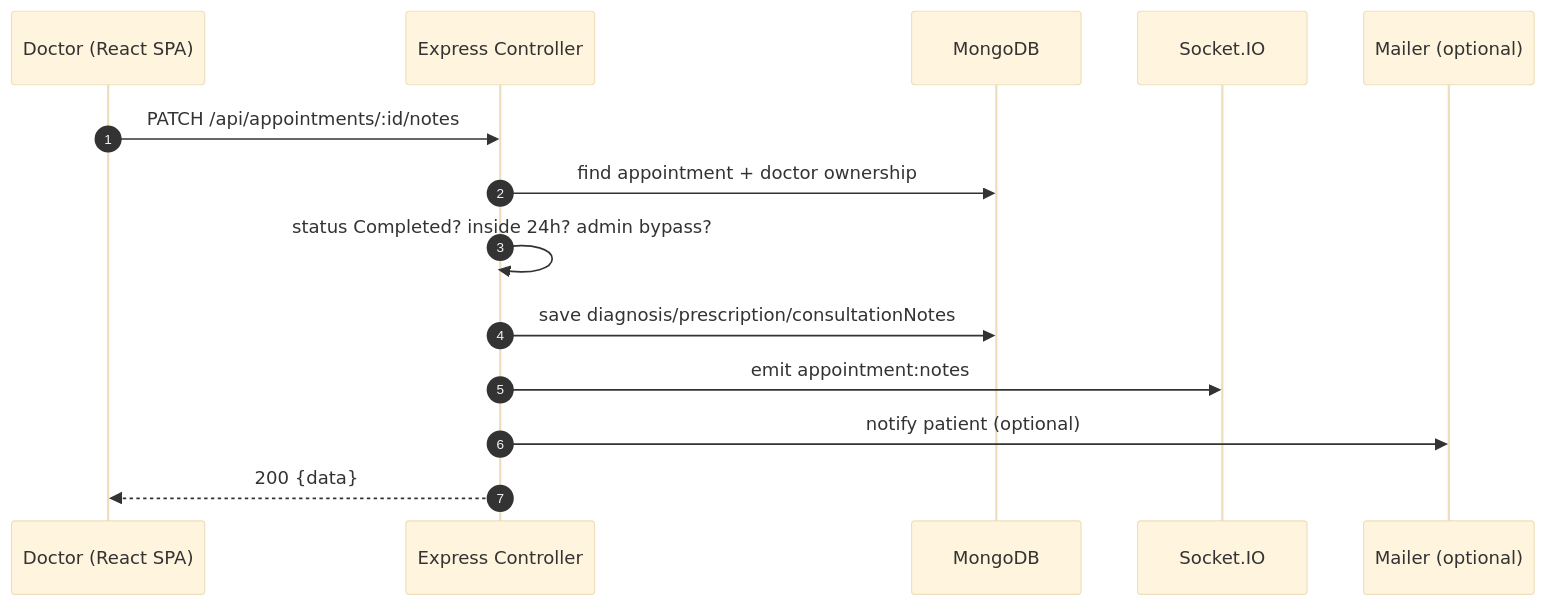
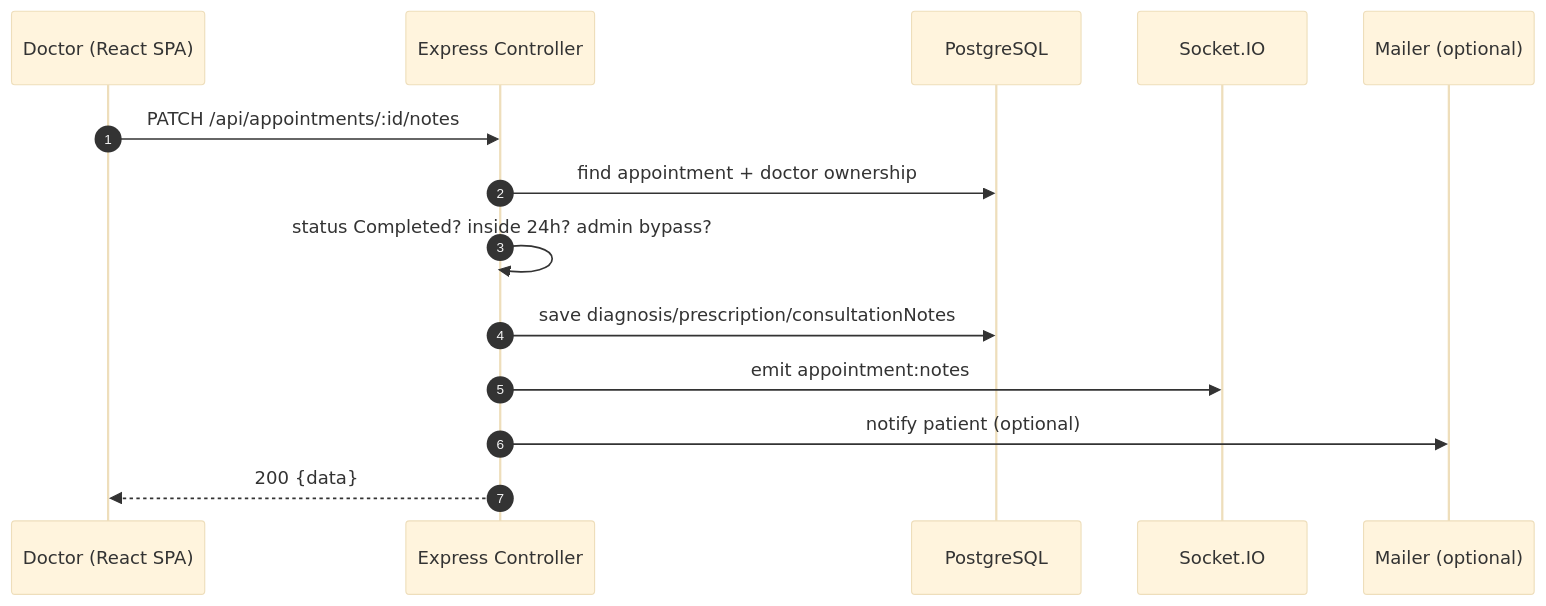
Before and after one commit to Mugetsu-1/Hospital-Booking-System: the fourth of 4 diagrams in docs/sequence-diagrams.md, drawn with Mermaid (base theme). The commit also changed other lines of this file and 28 other files, not shown here.

First line of the commit message:
docs: add ACHS lab report, class diagram and UI screenshots

````diff
--- a/docs/sequence-diagrams.md
+++ b/docs/sequence-diagrams.md
@@ -94,17 +94,17 @@
 ```mermaid
 sequenceDiagram
   autonumber
   participant D as Doctor (React SPA)
   participant C as Express Controller
-  participant DB as MongoDB
+  participant DB as PostgreSQL
   participant S as Socket.IO
   participant M as Mailer (optional)
 
   D->>C: PATCH /api/appointments/:id/notes
   C->>DB: find appointment + doctor ownership
   C->>C: status Completed? inside 24h? admin bypass?
   C->>DB: save diagnosis/prescription/consultationNotes
   C->>S: emit appointment:notes
   C->>M: notify patient (optional)
   C-->>D: 200 {data}
 ```
````
